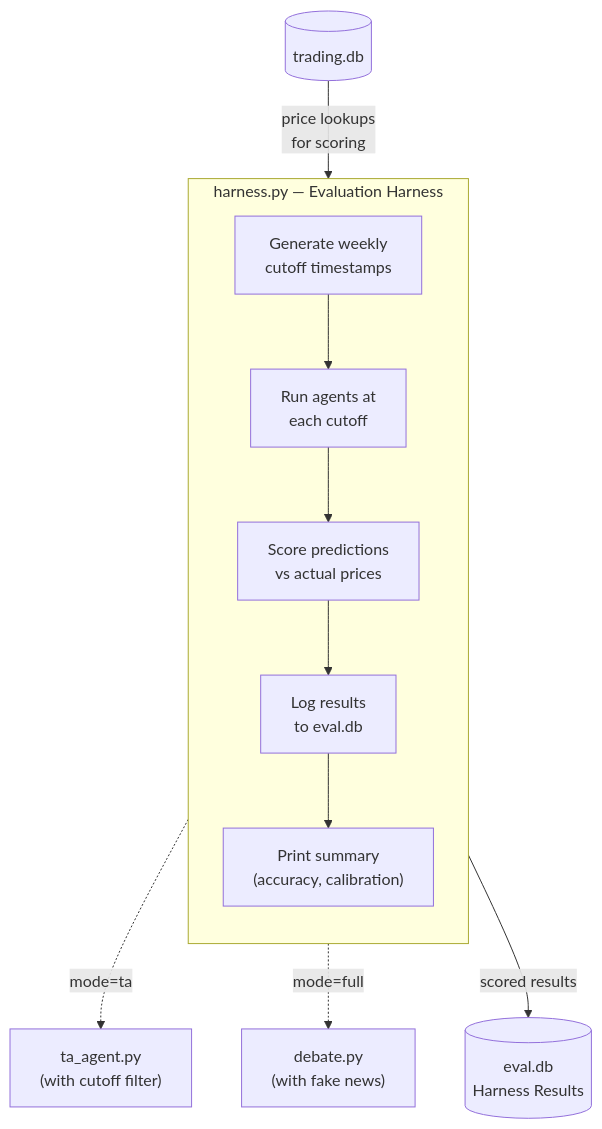
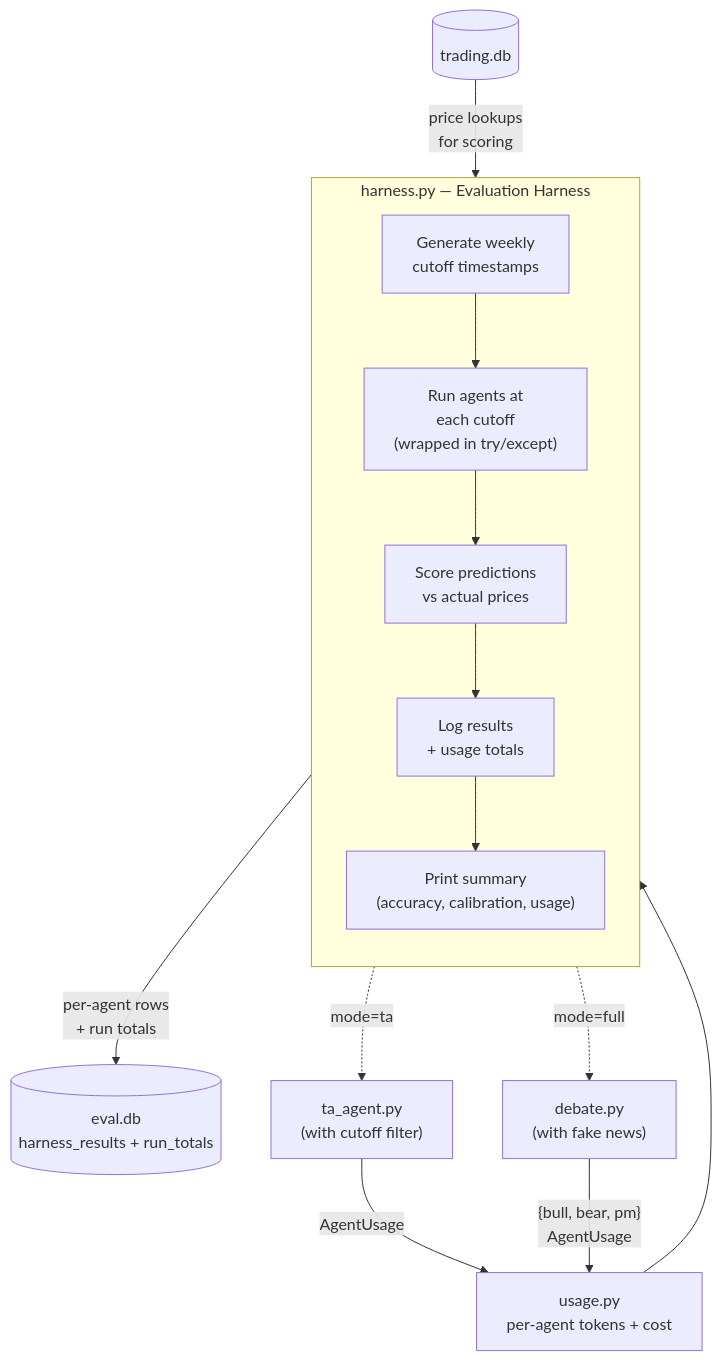
Before and after one commit to ziyadal/Trading: the second of 3 diagrams in docs/architecture.md, drawn with Mermaid. The commit also changed other lines of this file and 6 other files, not shown here.

````diff
--- a/docs/architecture.md
+++ b/docs/architecture.md
@@ -37,22 +37,26 @@
 ```mermaid
 flowchart TD
     subgraph Harness["harness.py — Evaluation Harness"]
         direction TB
         CUTOFFS["Generate weekly\ncutoff timestamps"]
-        RUN["Run agents at\neach cutoff"]
+        RUN["Run agents at\neach cutoff\n(wrapped in try/except)"]
         SCORE["Score predictions\nvs actual prices"]
-        LOG["Log results\nto eval.db"]
-        SUMMARY["Print summary\n(accuracy, calibration)"]
+        LOG["Log results\n+ usage totals"]
+        SUMMARY["Print summary\n(accuracy, calibration, usage)"]
         CUTOFFS --> RUN --> SCORE --> LOG --> SUMMARY
     end
 
     TRADING_DB[("trading.db")]
-    EVAL_DB[("eval.db\nHarness Results")]
+    EVAL_DB[("eval.db\nharness_results + run_totals")]
     TA["ta_agent.py\n(with cutoff filter)"]
     DEBATE["debate.py\n(with fake news)"]
+    USAGE["usage.py\nper-agent tokens + cost"]
 
     RUN -. "mode=ta" .-> TA
     RUN -. "mode=full" .-> DEBATE
+    TA -- "AgentUsage" --> USAGE
+    DEBATE -- "{bull, bear, pm}\nAgentUsage" --> USAGE
+    USAGE --> LOG
     TRADING_DB -- "price lookups\nfor scoring" --> SCORE
-    LOG -- "scored results" --> EVAL_DB
+    LOG -- "per-agent rows\n+ run totals" --> EVAL_DB
 ```
````
